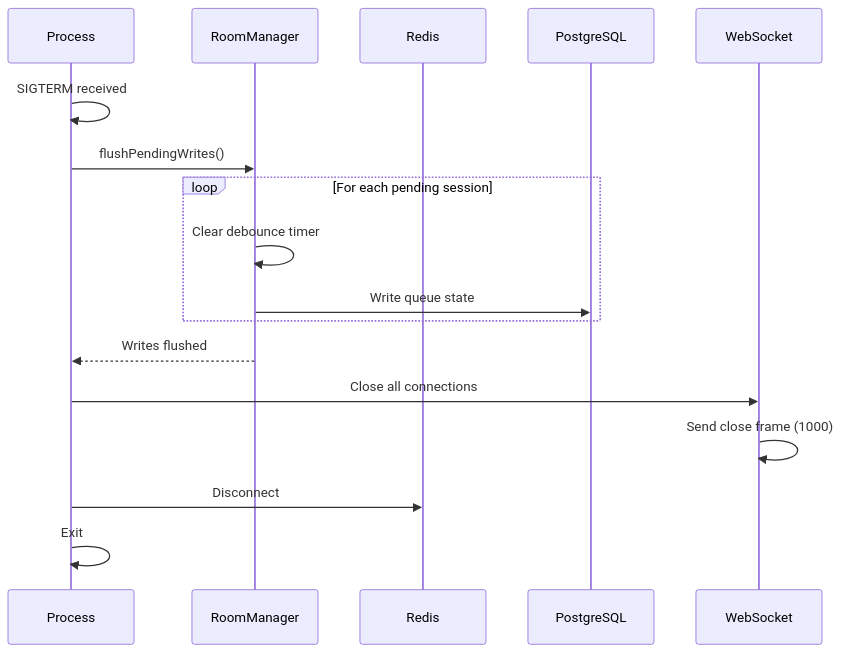
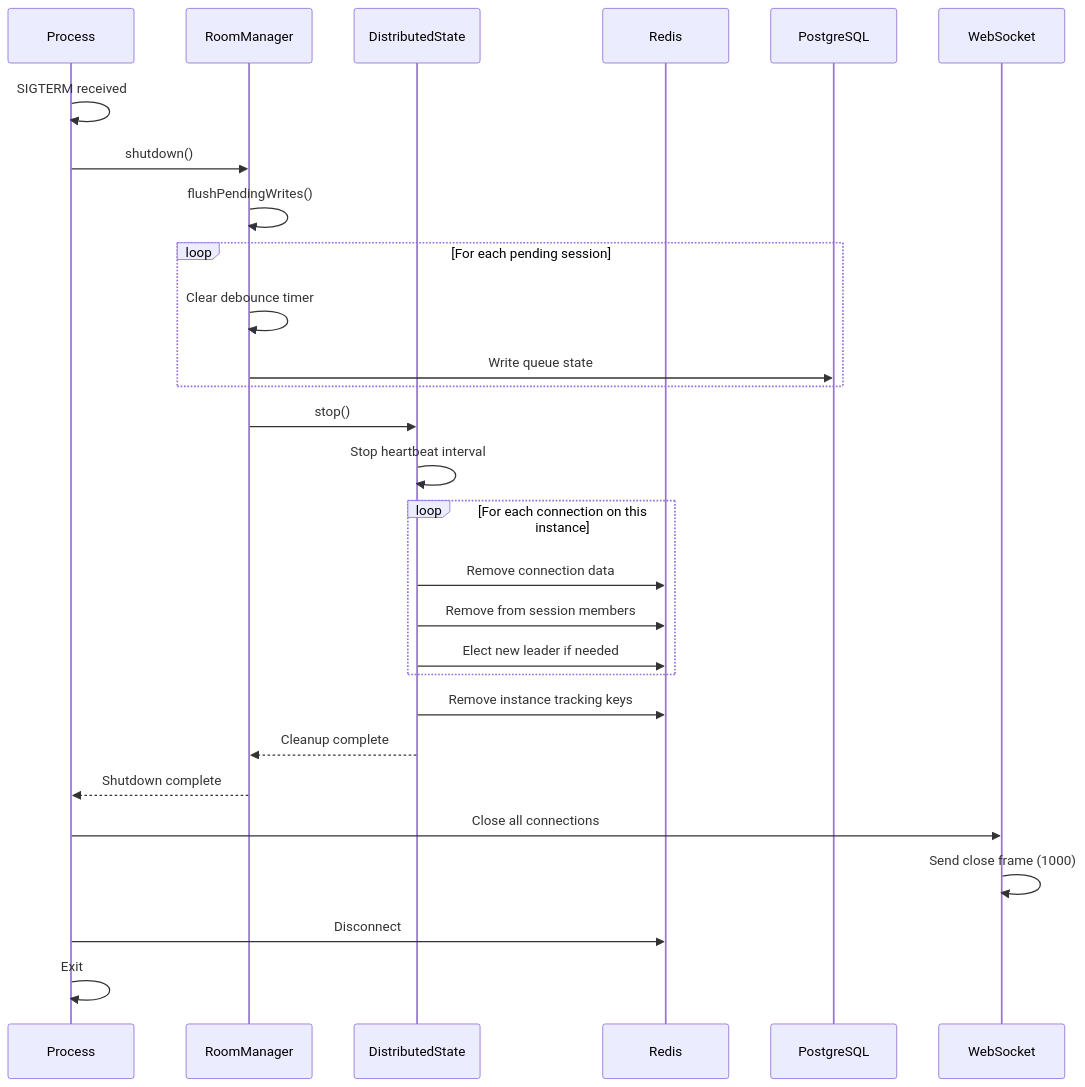
Before and after one commit to marcodejongh/boardsesh: diagram 13 of 13 in docs/websocket-implementation.md, drawn with Mermaid. The commit also changed other lines of this file and 10 other files, not shown here.

````diff
--- a/docs/websocket-implementation.md
+++ b/docs/websocket-implementation.md
@@ -637,24 +731,38 @@
 ```mermaid
 sequenceDiagram
     participant P as Process
     participant RM as RoomManager
+    participant DS as DistributedState
     participant R as Redis
     participant PG as PostgreSQL
     participant WS as WebSocket
 
     P->>P: SIGTERM received
-    P->>RM: flushPendingWrites()
+    P->>RM: shutdown()
+    RM->>RM: flushPendingWrites()
 
     loop For each pending session
         RM->>RM: Clear debounce timer
         RM->>PG: Write queue state
     end
 
-    RM-->>P: Writes flushed
+    RM->>DS: stop()
+    DS->>DS: Stop heartbeat interval
+
+    loop For each connection on this instance
+        DS->>R: Remove connection data
+        DS->>R: Remove from session members
+        DS->>R: Elect new leader if needed
+    end
+
+    DS->>R: Remove instance tracking keys
+    DS-->>RM: Cleanup complete
+
+    RM-->>P: Shutdown complete
 
     P->>WS: Close all connections
     WS->>WS: Send close frame (1000)
 
     P->>R: Disconnect
     P->>P: Exit
 ```
````
